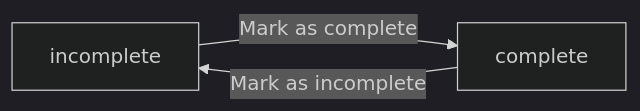
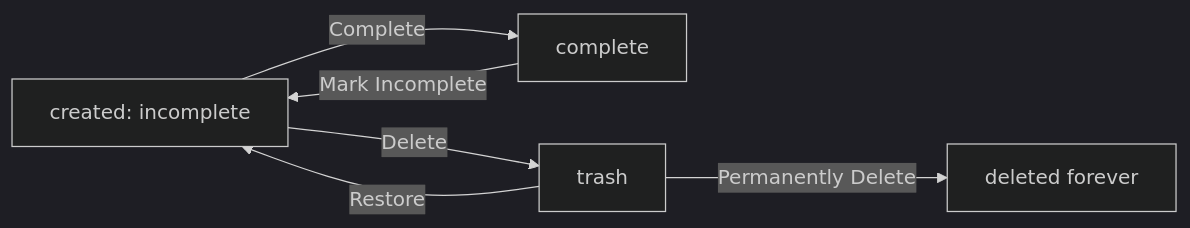
One commit to wrtnlabs/autobe-examples changed the diagram in qwen/qwen3.5-35b-a3b/todo/docs/analysis/02-domain-model.md. Above: the diagram before and after it, drawn with Mermaid (dark theme). The commit also changed other lines of this file and 32093 other files, not shown here.

````diff
--- a/qwen/qwen3.5-35b-a3b/todo/docs/analysis/02-domain-model.md
+++ b/qwen/qwen3.5-35b-a3b/todo/docs/analysis/02-domain-model.md
@@ -273,5 +367,8 @@
 ```mermaid
 flowchart LR
-    A["incomplete"] -->|"Mark as complete"| B["complete"]
-    B -->|"Mark as incomplete"| A
+    A["created: incomplete"] -->|"Complete"| B["complete"]
+    B -->|"Mark Incomplete"| A
+    A -->|"Delete"| C["trash"]
+    C -->|"Restore"| A
+    C -->|"Permanently Delete"| D["deleted forever"]
 ```
````
